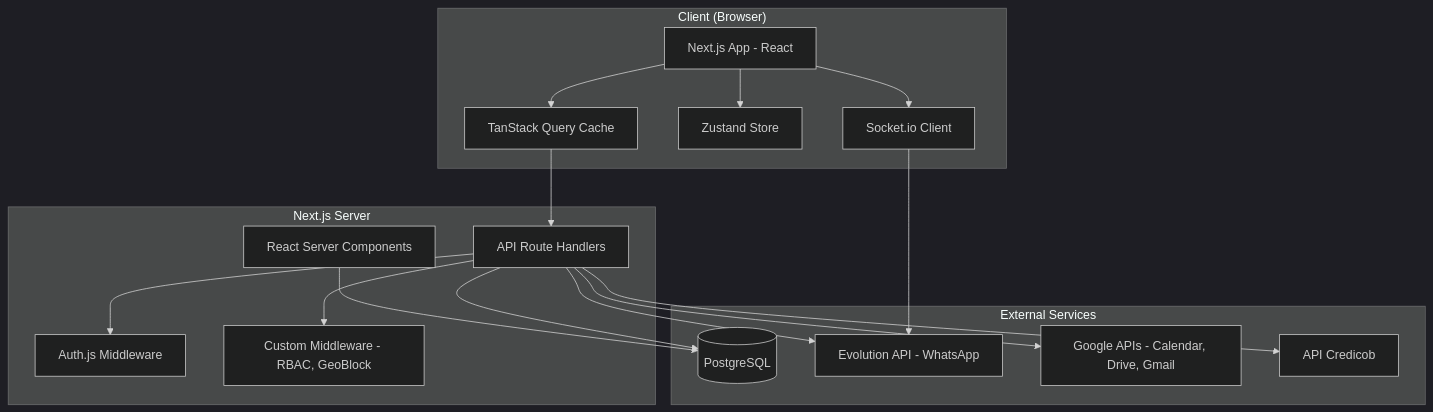
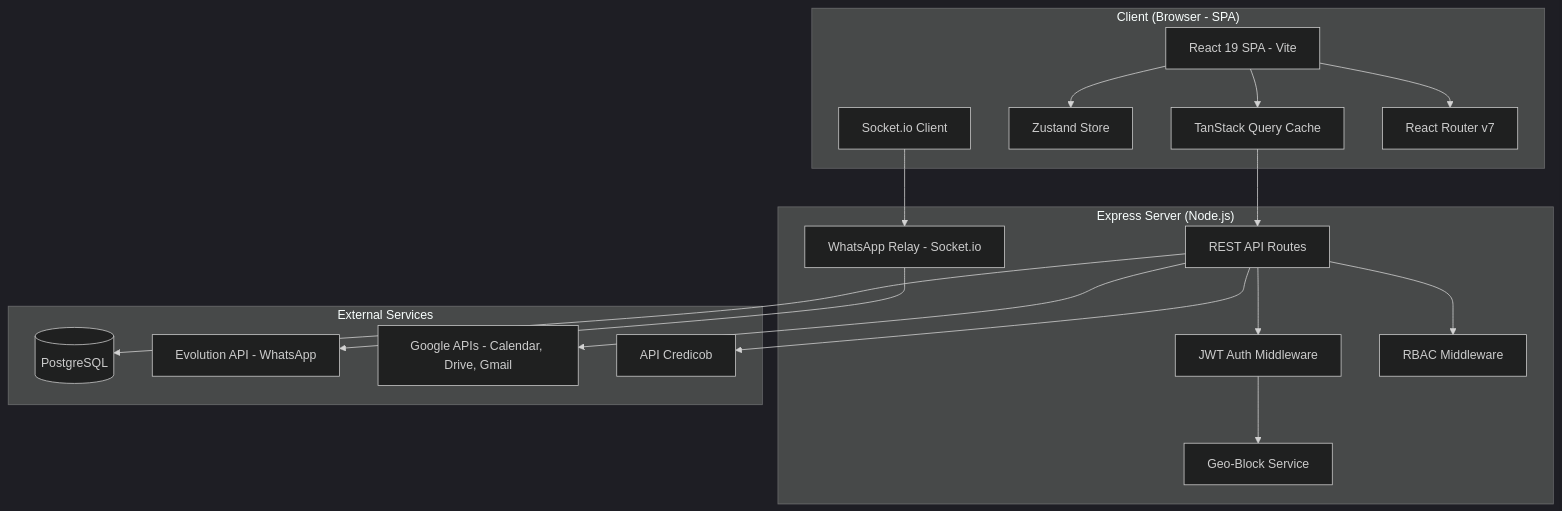
One commit to tfpeixoto/app-maestro360 changed the first of 2 diagrams in .kiro/specs/maestro360-rewrite/design.md. Above: the diagram before and after it, drawn with Mermaid (dark theme). The commit also changed other lines of this file and 2 other files, not shown here.

````diff
--- a/.kiro/specs/maestro360-rewrite/design.md
+++ b/.kiro/specs/maestro360-rewrite/design.md
@@ -27,36 +29,38 @@
 ```mermaid
 graph TB
-    subgraph "Client (Browser)"
-        UI[Next.js App - React]
+    subgraph "Client (Browser - SPA)"
+        UI[React 19 SPA - Vite]
         TQ[TanStack Query Cache]
         ZS[Zustand Store]
         SIO[Socket.io Client]
+        RR[React Router v7]
     end
 
-    subgraph "Next.js Server"
-        RSC[React Server Components]
-        API[API Route Handlers]
-        AUTH[Auth.js Middleware]
-        MW[Custom Middleware - RBAC, GeoBlock]
+    subgraph "Express Server (Node.js)"
+        API[REST API Routes]
+        AUTH[JWT Auth Middleware]
+        RBAC[RBAC Middleware]
+        GEO[Geo-Block Service]
+        WPP[WhatsApp Relay - Socket.io]
     end
 
     subgraph "External Services"
         PG[(PostgreSQL)]
         EVO[Evolution API - WhatsApp]
         GOOGLE[Google APIs - Calendar, Drive, Gmail]
         CREDICOB[API Credicob]
     end
 
     UI --> TQ
     UI --> ZS
-    UI --> SIO
+    UI --> RR
+    SIO --> WPP
     TQ --> API
-    RSC --> PG
     API --> PG
     API --> AUTH
-    API --> MW
-    SIO --> EVO
-    API --> EVO
+    API --> RBAC
+    AUTH --> GEO
+    WPP --> EVO
     API --> GOOGLE
     API --> CREDICOB
 ```
````
